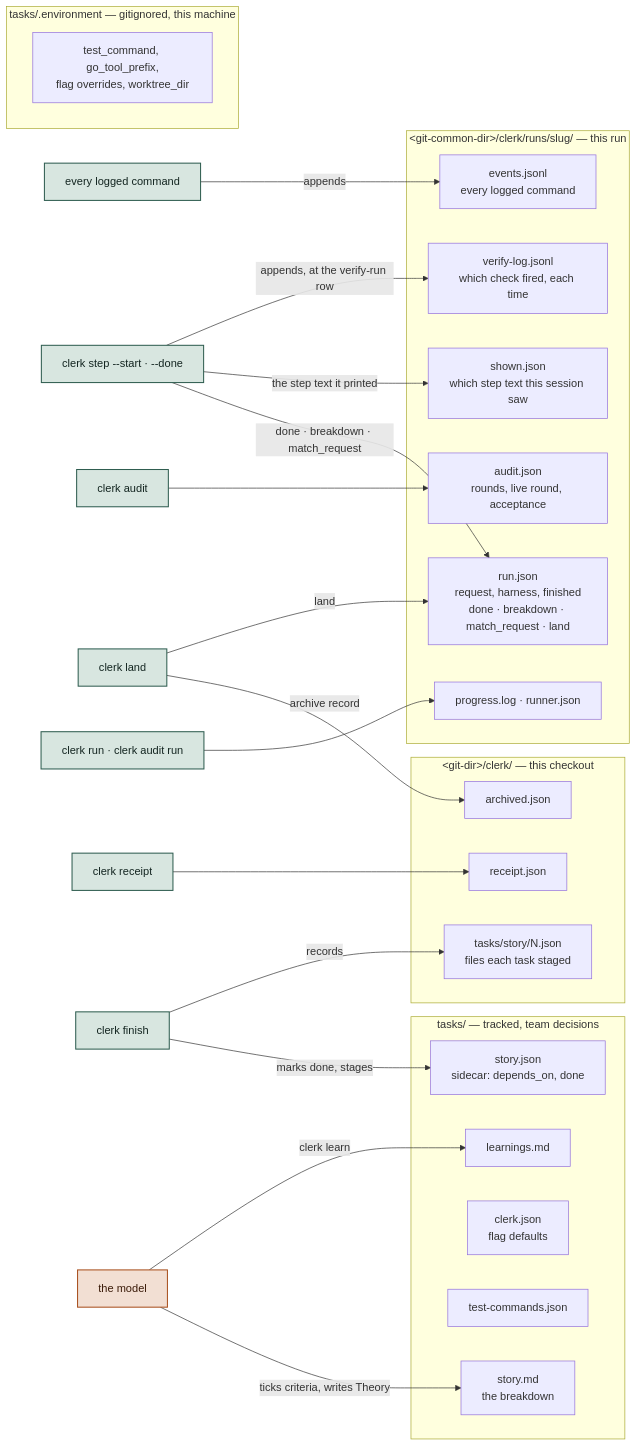
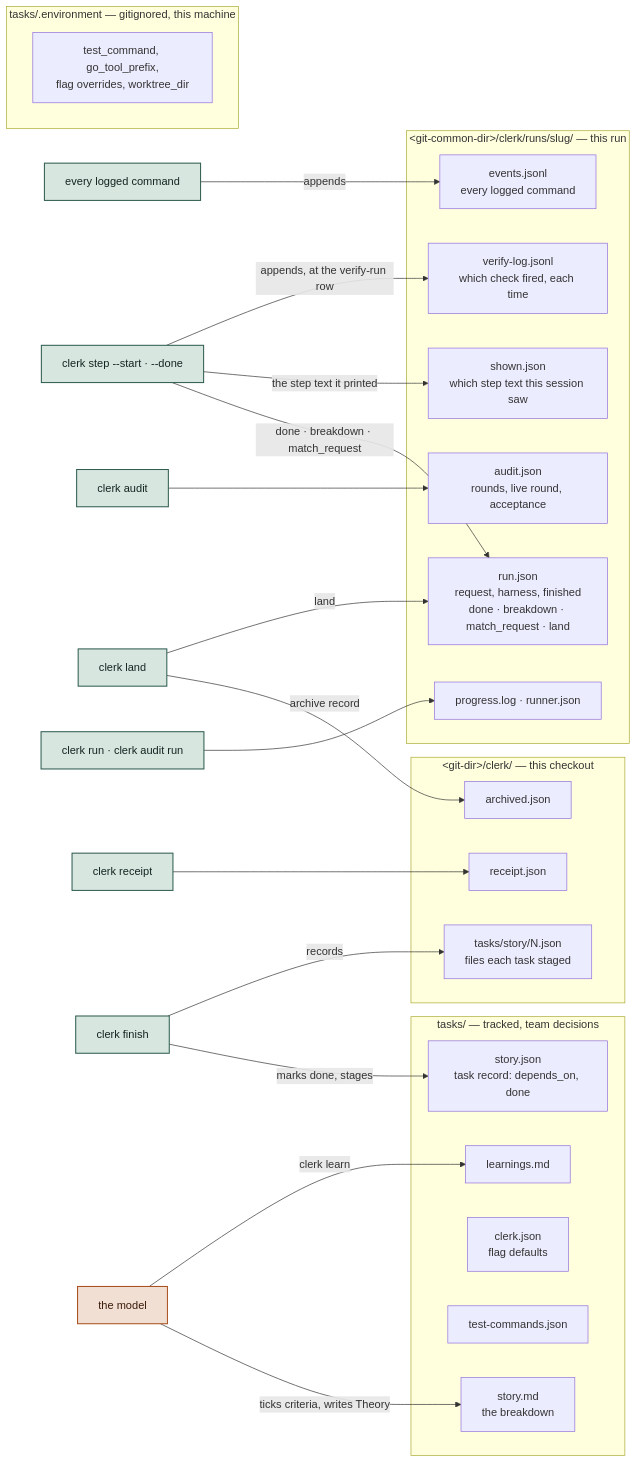
Before and after one commit to hpcsc/dotfiles: the fifth of 10 diagrams in docs/clerk-structure.md, drawn with Mermaid. The commit also changed other lines of this file and 100 other files, not shown here.

````diff
--- a/docs/clerk-structure.md
+++ b/docs/clerk-structure.md
@@ -126,43 +126,43 @@
 ```mermaid
 flowchart LR
   subgraph T["tasks/ — tracked, team decisions"]
     bd["story.md<br/>the breakdown"]
-    sc["story.json<br/>sidecar: depends_on, done"]
+    sc["story.json<br/>task record: depends_on, done"]
     cj["clerk.json<br/>flag defaults"]
     tc["test-commands.json"]
     lp["learnings.md"]
   end
   subgraph E["tasks/.environment — gitignored, this machine"]
     env["test_command, go_tool_prefix,<br/>flag overrides, worktree_dir"]
   end
   subgraph G["&lt;git-dir&gt;/clerk/ — this checkout"]
     rc["receipt.json"]
     ar["archived.json"]
     tr["tasks/story/N.json<br/>files each task staged"]
   end
   subgraph R["&lt;git-common-dir&gt;/clerk/runs/slug/ — this run"]
     rj["run.json<br/>request, harness, finished<br/>done · breakdown · match_request · land"]
     ev["events.jsonl<br/>every logged command"]
     vl["verify-log.jsonl<br/>which check fired, each time"]
     aj["audit.json<br/>rounds, live round, acceptance"]
     sh["shown.json<br/>which step text this session saw"]
     pl["progress.log · runner.json"]
   end
   finish["clerk finish"]:::clerk -->|marks done, stages| sc
   finish -->|records| tr
   receipt["clerk receipt"]:::clerk --> rc
   land["clerk land"]:::clerk -->|archive record| ar
   land -->|land| rj
   logged["every logged command"]:::clerk -->|appends| ev
   step["clerk step --start · --done"]:::clerk -->|done · breakdown · match_request| rj
   step -->|the step text it printed| sh
   step -->|appends, at the verify-run row| vl
   audit["clerk audit"]:::clerk --> aj
   run["clerk run · clerk audit run"]:::clerk --> pl
   model["the model"]:::you -->|ticks criteria, writes Theory| bd
   model -->|clerk learn| lp
   classDef clerk fill:#D8E6E0,stroke:#2F5D50,stroke-width:1.5px,color:#132520
   classDef you fill:#F2DFD3,stroke:#A8501E,stroke-width:1.5px,color:#3A1A08
   classDef plain fill:#EEF0EC,stroke:#5C645F,stroke-width:1px,color:#1B1F1D
   classDef file fill:#FFFFFF,stroke:#9AA39D,stroke-width:1px,color:#1B1F1D
 ```
````
